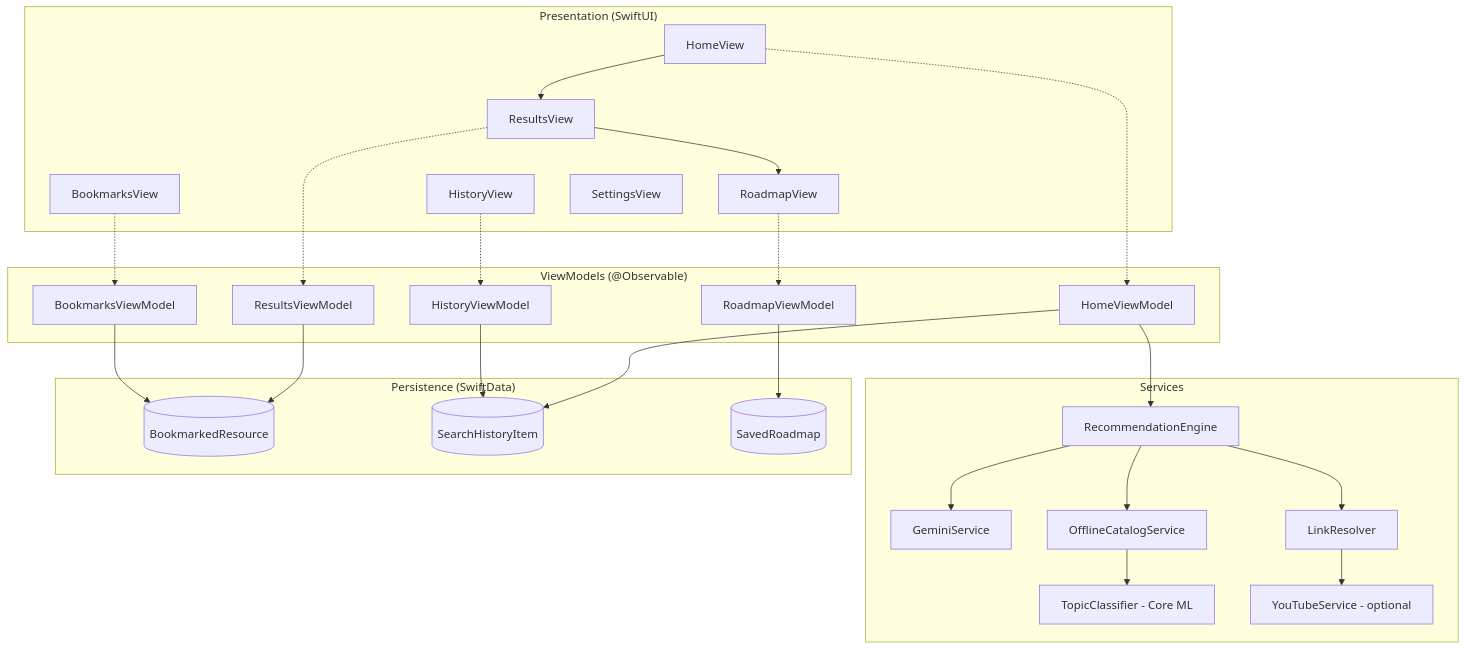
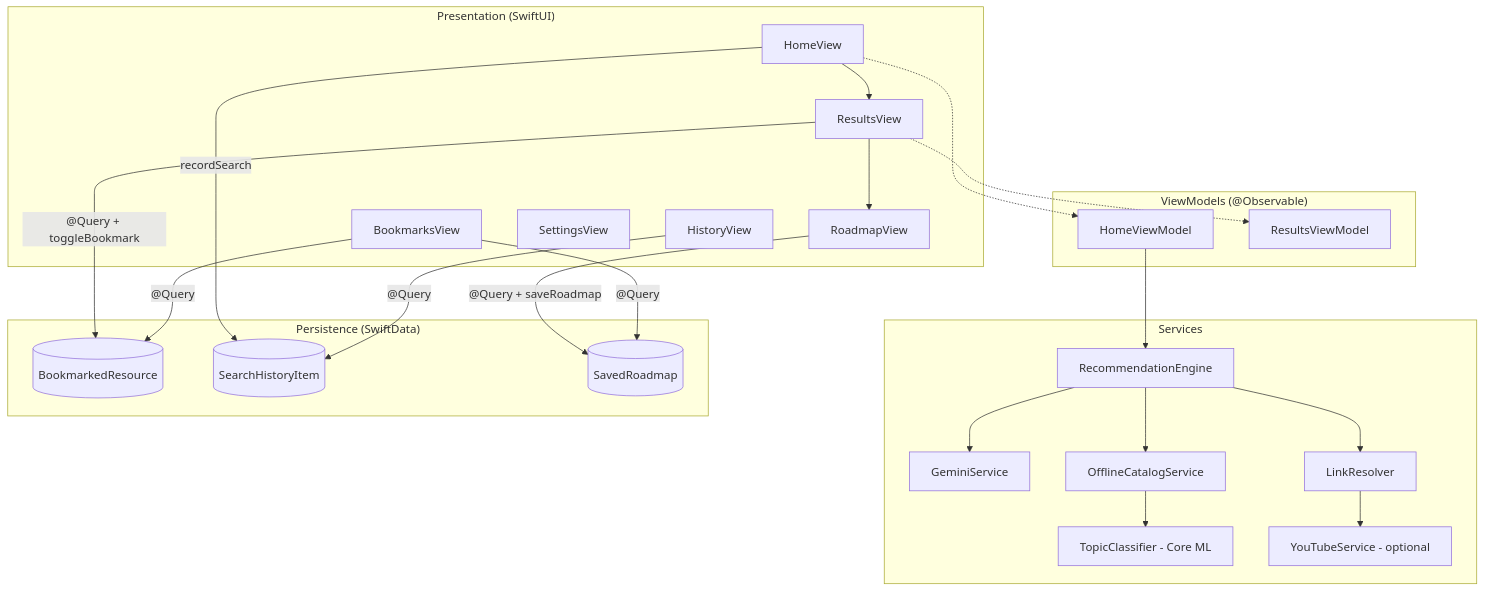
The first of 2 diagrams in ARCHITECTURE.md (shail-712/LearnWise), drawn with Mermaid before and after one commit. The commit also changed other lines of this file and 18 other files, not shown here.

````diff
--- a/ARCHITECTURE.md
+++ b/ARCHITECTURE.md
@@ -18,52 +18,47 @@
 ```mermaid
 flowchart TD
     subgraph UI["Presentation (SwiftUI)"]
         HV[HomeView] --> RV[ResultsView]
         RV --> RMV[RoadmapView]
         BV[BookmarksView]
         HSV[HistoryView]
         SV[SettingsView]
     end
 
     subgraph VM["ViewModels (@Observable)"]
         HVM[HomeViewModel]
         RVM[ResultsViewModel]
-        RMVM[RoadmapViewModel]
-        BVM[BookmarksViewModel]
-        HSVM[HistoryViewModel]
     end
 
     subgraph SVC["Services"]
         RE[RecommendationEngine]
         GS[GeminiService]
         LR[LinkResolver]
         OCS[OfflineCatalogService]
         TC[TopicClassifier - Core ML]
         YT[YouTubeService - optional]
     end
 
     subgraph DATA["Persistence (SwiftData)"]
         BM[(BookmarkedResource)]
         SH[(SearchHistoryItem)]
         SR[(SavedRoadmap)]
     end
 
     HV -.-> HVM
     RV -.-> RVM
-    RMV -.-> RMVM
-    BV -.-> BVM
-    HSV -.-> HSVM
 
     HVM --> RE
     RE --> GS
     RE --> OCS
     OCS --> TC
     RE --> LR
     LR --> YT
 
-    RVM --> BM
-    HVM --> SH
-    RMVM --> SR
-    BVM --> BM
-    HSVM --> SH
+    HV -- recordSearch --> SH
+    RV -- "@Query + toggleBookmark" --> BM
+    RMV -- "@Query + saveRoadmap" --> SR
+    BV -- "@Query" --> BM
+    BV -- "@Query" --> SR
+    HSV -- "@Query" --> SH
 ```
````
